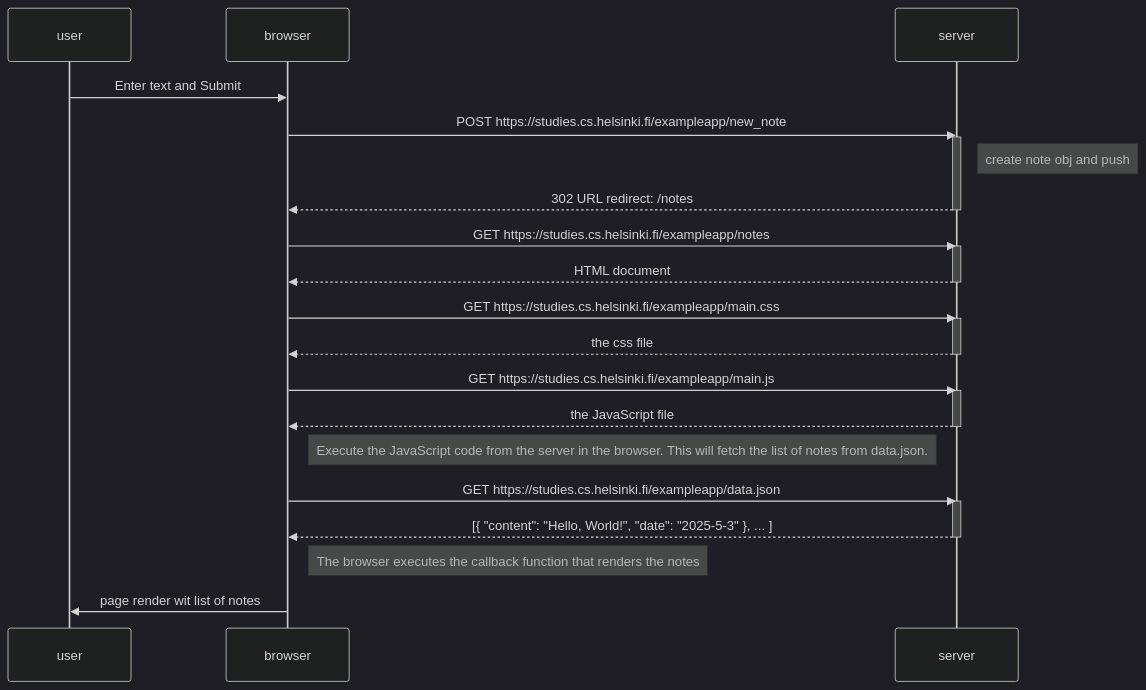
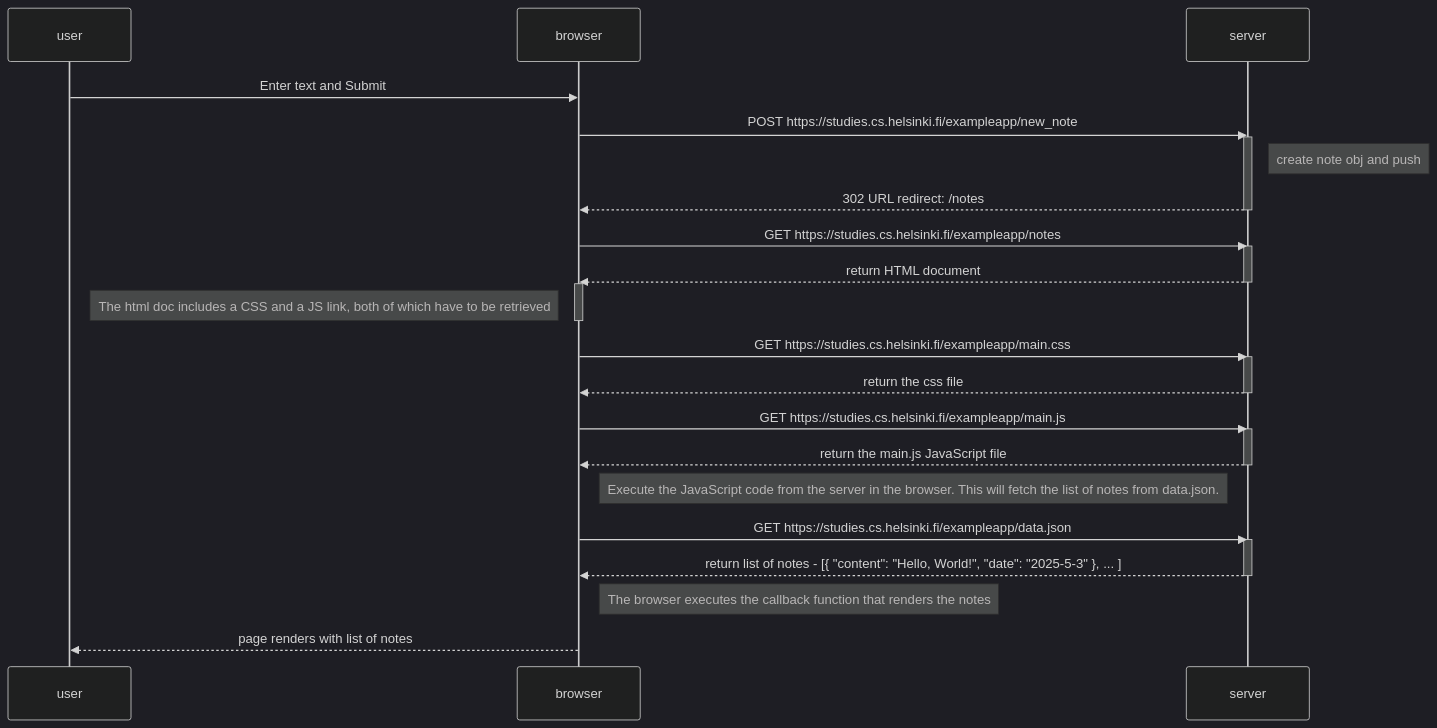
The diagram in part0/save_diagram.md (johnsmillie-portfolio/full-stack-open), drawn with Mermaid (dark theme) before and after one commit.

````diff
--- a/part0/save_diagram.md
+++ b/part0/save_diagram.md
@@ -1,39 +1,42 @@
 ```mermaid
 
 sequenceDiagram
     participant user
     participant browser
     participant server
 
     user->>browser: Enter text and Submit
     browser->>server: POST https://studies.cs.helsinki.fi/exampleapp/new_note
     activate server
     Note right of server: create note obj and push
     server-->>browser: 302 URL redirect: /notes
     deactivate server
 
     browser->>server: GET https://studies.cs.helsinki.fi/exampleapp/notes
     activate server
-    server-->>browser: HTML document
+    server-->>browser: return HTML document
     deactivate server
+    activate browser
+    Note left of browser: The html doc includes a CSS and a JS link, both of which have to be retrieved
+    deactivate browser
 
     browser->>server: GET https://studies.cs.helsinki.fi/exampleapp/main.css
     activate server
-    server-->>browser: the css file
+    server-->>browser: return the css file
     deactivate server
 
     browser->>server: GET https://studies.cs.helsinki.fi/exampleapp/main.js
     activate server
-    server-->>browser: the JavaScript file
+    server-->>browser: return the main.js JavaScript file
     deactivate server
 
     Note right of browser: Execute the JavaScript code from the server in the browser. This will fetch the list of notes from data.json.
 
     browser->>server: GET https://studies.cs.helsinki.fi/exampleapp/data.json
     activate server
-    server-->>browser: [{ "content": "Hello, World!", "date": "2025-5-3" }, ... ]
+    server-->>browser: return list of notes - [{ "content": "Hello, World!", "date": "2025-5-3" }, ... ]
     deactivate server
 
     Note right of browser: The browser executes the callback function that renders the notes
-    browser->>user: page render wit list of notes
+    browser-->>user: page renders with list of notes
 ```
````
